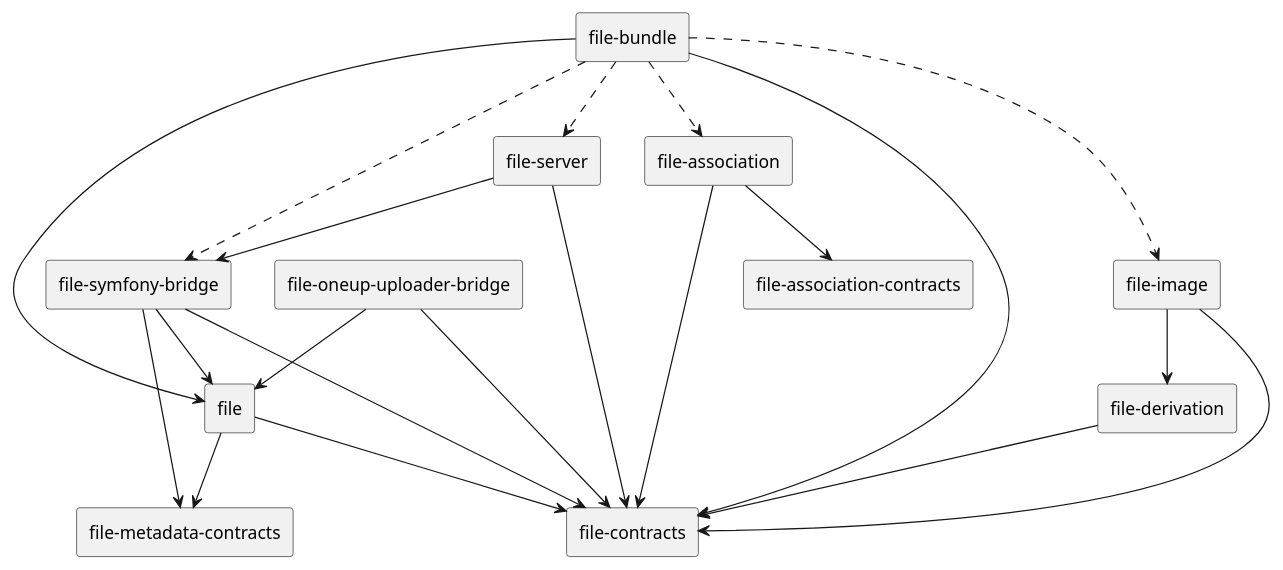
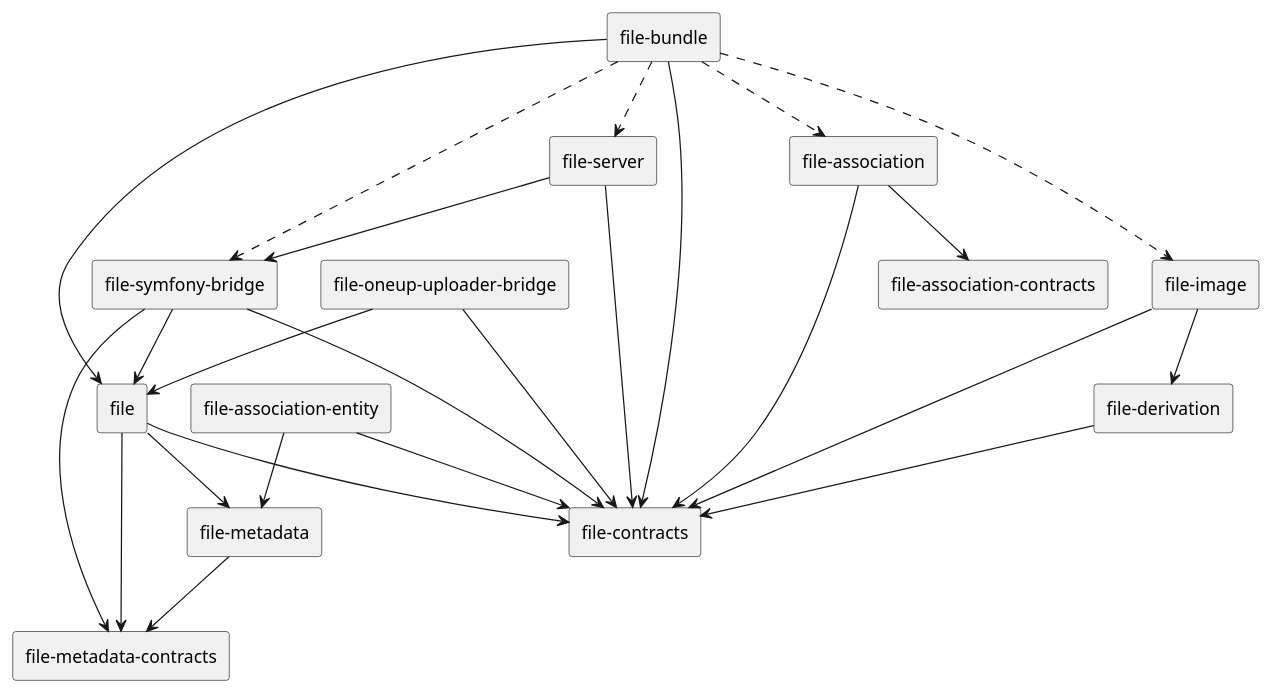
The diagram in diagrams/file-components.wsd (rekalogika/rekalogika.dev), drawn with PlantUML before and after one commit. The commit also changed 4 other files, not shown here.

```diff
--- a/diagrams/file-components.wsd
+++ b/diagrams/file-components.wsd
@@ -1,26 +1,30 @@
 @startuml file-components
 
 skinparam componentStyle rectangle
 
 [file] --> [file-contracts]
 [file] --> [file-metadata-contracts]
+[file] --> [file-metadata]
 [file-association] --> [file-association-contracts]
 [file-association] --> [file-contracts]
 [file-bundle] --> [file]
 [file-bundle] --> [file-contracts]
 [file-bundle] ..> [file-image]
 [file-bundle] ..> [file-association]
 [file-bundle] ..> [file-server]
 [file-bundle] ..> [file-symfony-bridge]
 [file-derivation] --> [file-contracts]
 [file-image] --> [file-contracts]
 [file-image] --> [file-derivation]
 [file-oneup-uploader-bridge] --> [file-contracts]
 [file-oneup-uploader-bridge] --> [file]
 [file-server] --> [file-contracts]
 [file-server] --> [file-symfony-bridge]
 [file-symfony-bridge] --> [file]
 [file-symfony-bridge] --> [file-contracts]
 [file-symfony-bridge] --> [file-metadata-contracts]
+[file-association-entity] --> [file-contracts]
+[file-association-entity] --> [file-metadata]
+[file-metadata] --> [file-metadata-contracts]
 
 @enduml
```
